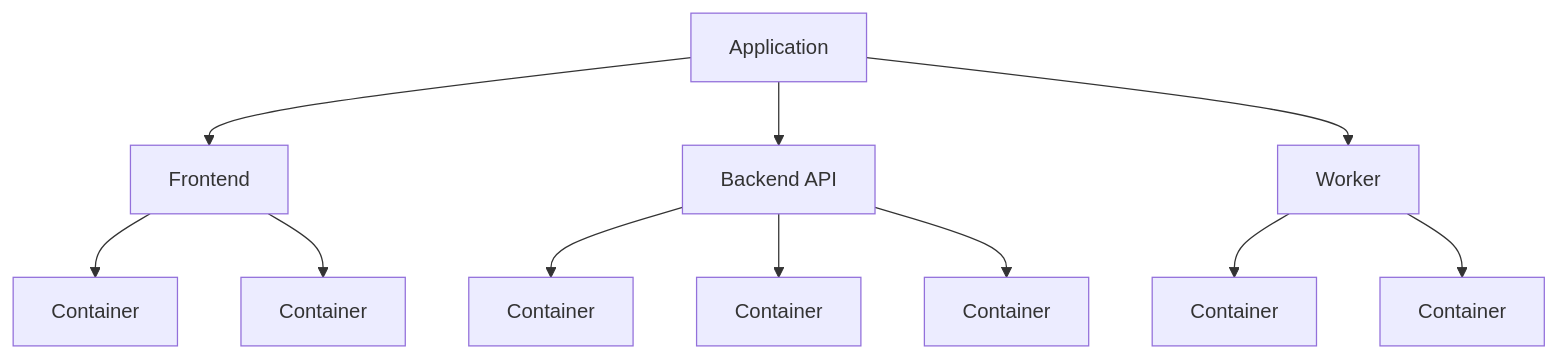
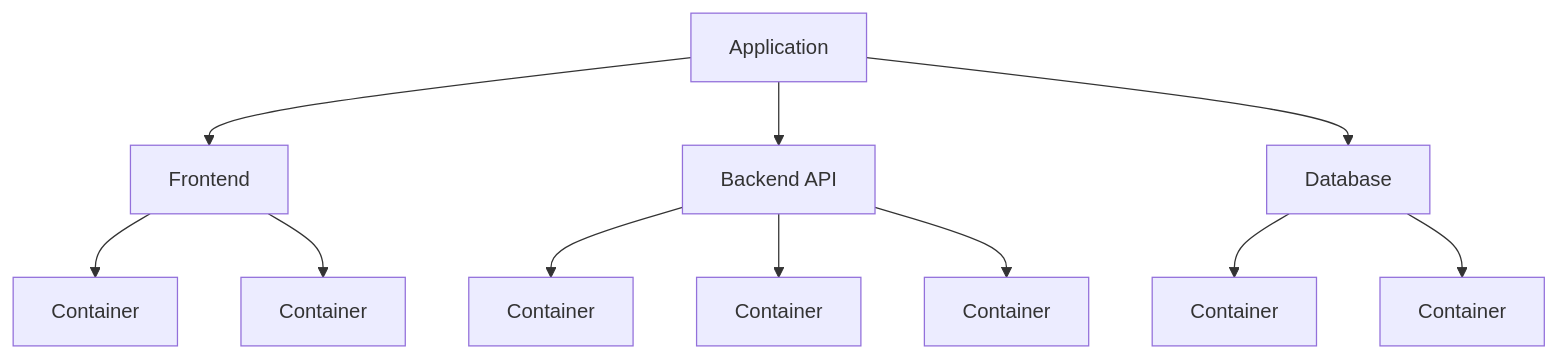
One commit to mustafammasoud/devops-atlas changed the first of 16 diagrams in content/container-orchestration/kubernetes/why-kubernetes.md. Above: the diagram before and after it, drawn with Mermaid. The commit also changed other lines of this file and 3 other files, not shown here.

````diff
--- a/content/container-orchestration/kubernetes/why-kubernetes.md
+++ b/content/container-orchestration/kubernetes/why-kubernetes.md
@@ -46,13 +46,13 @@
 ```mermaid
 flowchart TD
     A[Application] --> B[Frontend]
     A --> C[Backend API]
-    A --> D[Worker]
+    A --> D[Database]
     B --> E[Container]
     B --> F[Container]
     C --> G[Container]
     C --> H[Container]
     C --> I[Container]
     D --> J[Container]
     D --> K[Container]
 ```
````
